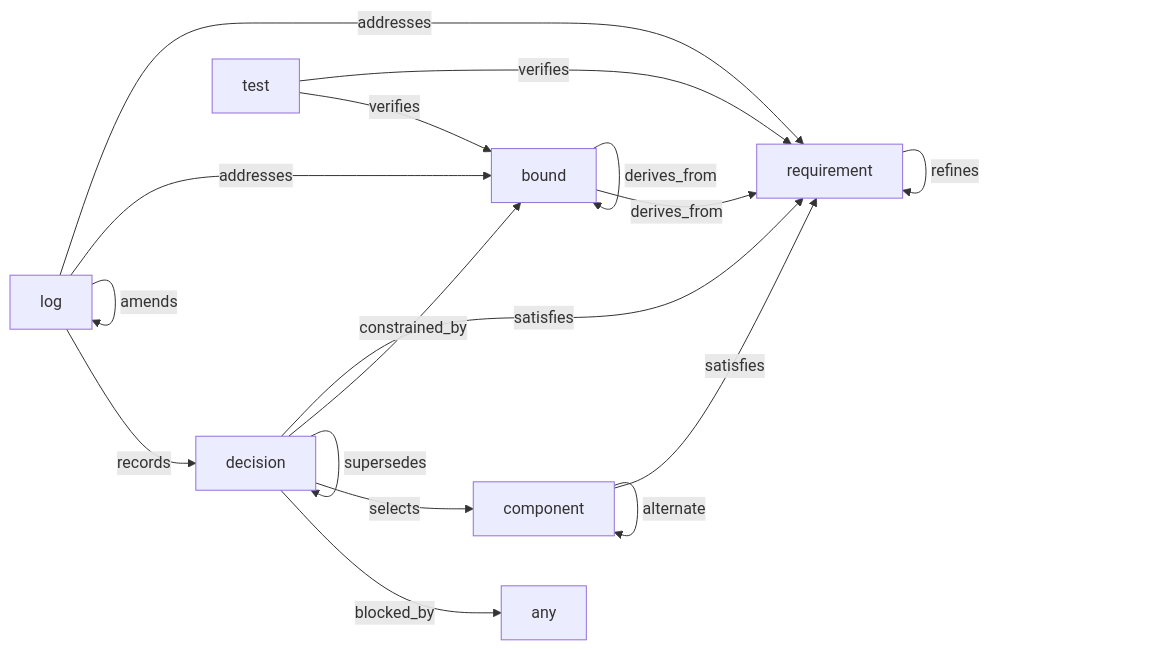
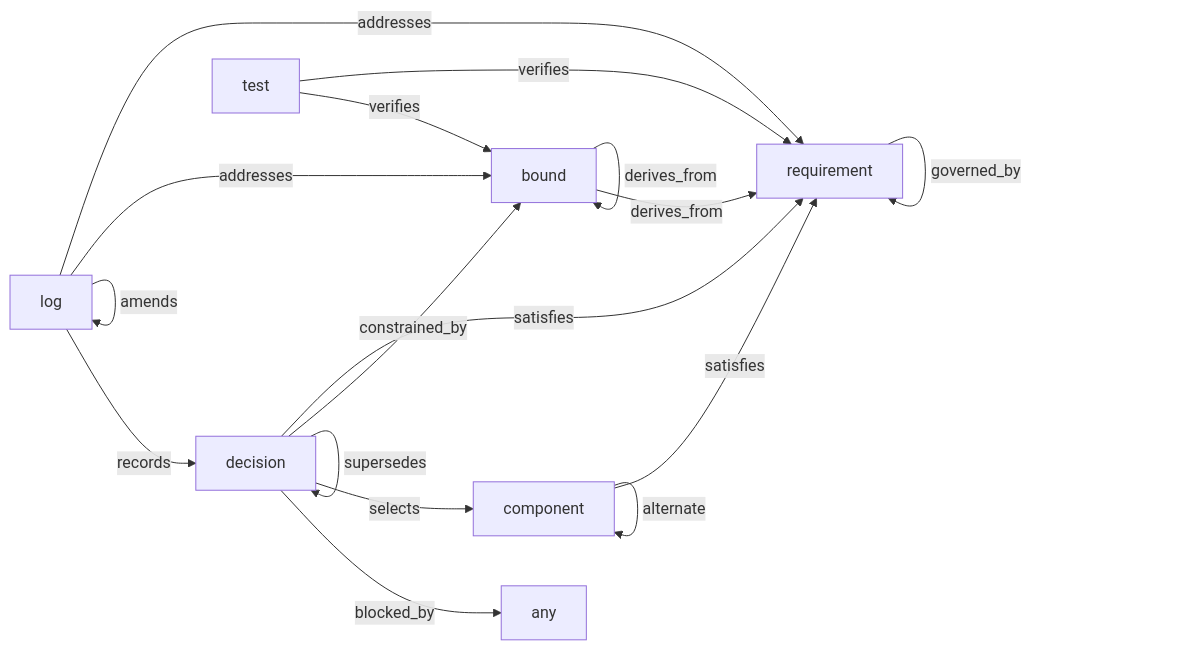
Before and after one commit to Squishiba/refdes: the diagram in docs/links.md, drawn with Mermaid. The commit also changed other lines of this file and 21 other files, not shown here.

````diff
--- a/docs/links.md
+++ b/docs/links.md
@@ -58,22 +58,23 @@
 ```mermaid
 %% generated by `refdes schema --graph` -- do not hand-edit
 graph LR
   bound -- refines --> bound
   bound -- derives_from --> requirement
   bound -- derives_from --> bound
   component -- satisfies --> requirement
   component -- equivalent --> component
   component -- alternate --> component
   decision -- satisfies --> requirement
   decision -- constrained_by --> bound
   decision -- supersedes --> decision
   decision -- selects --> component
   decision -- blocked_by --> any
   log -- addresses --> requirement
   log -- addresses --> bound
   log -- amends --> log
   log -- records --> decision
   requirement -- refines --> requirement
+  requirement -- governed_by --> requirement
   test -- verifies --> requirement
   test -- verifies --> bound
 ```
````
